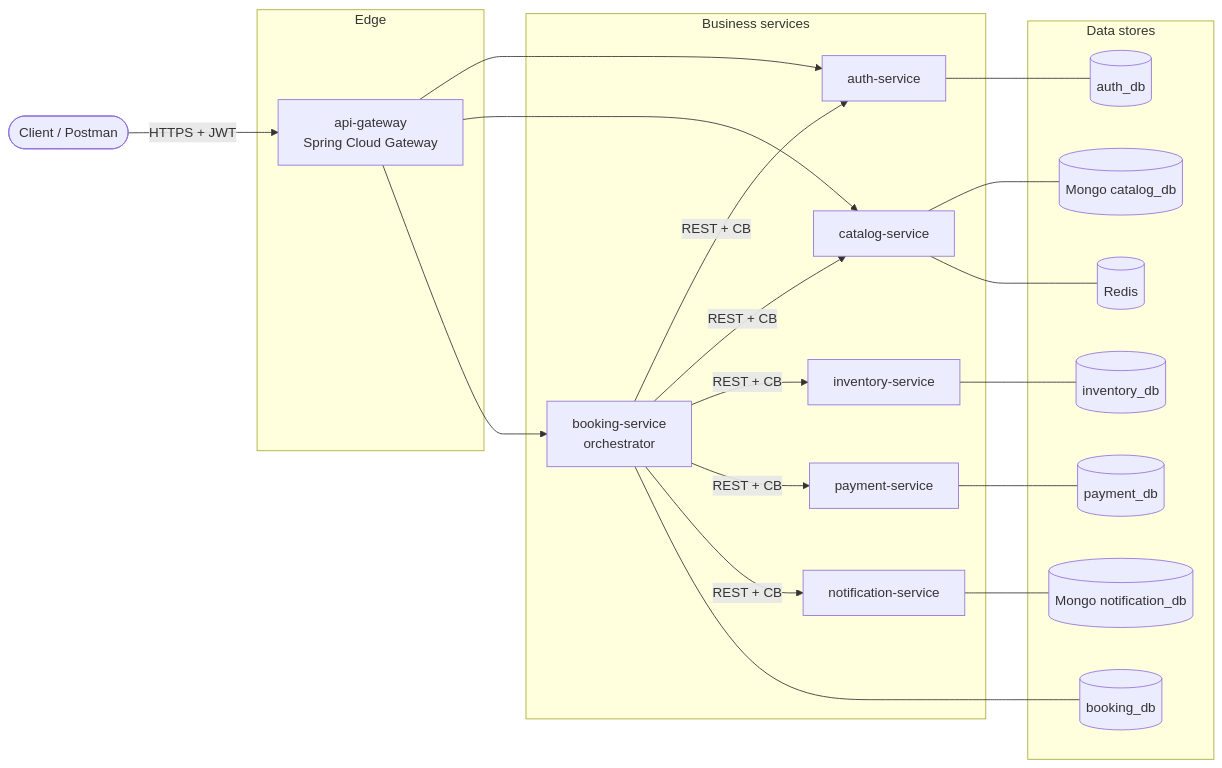
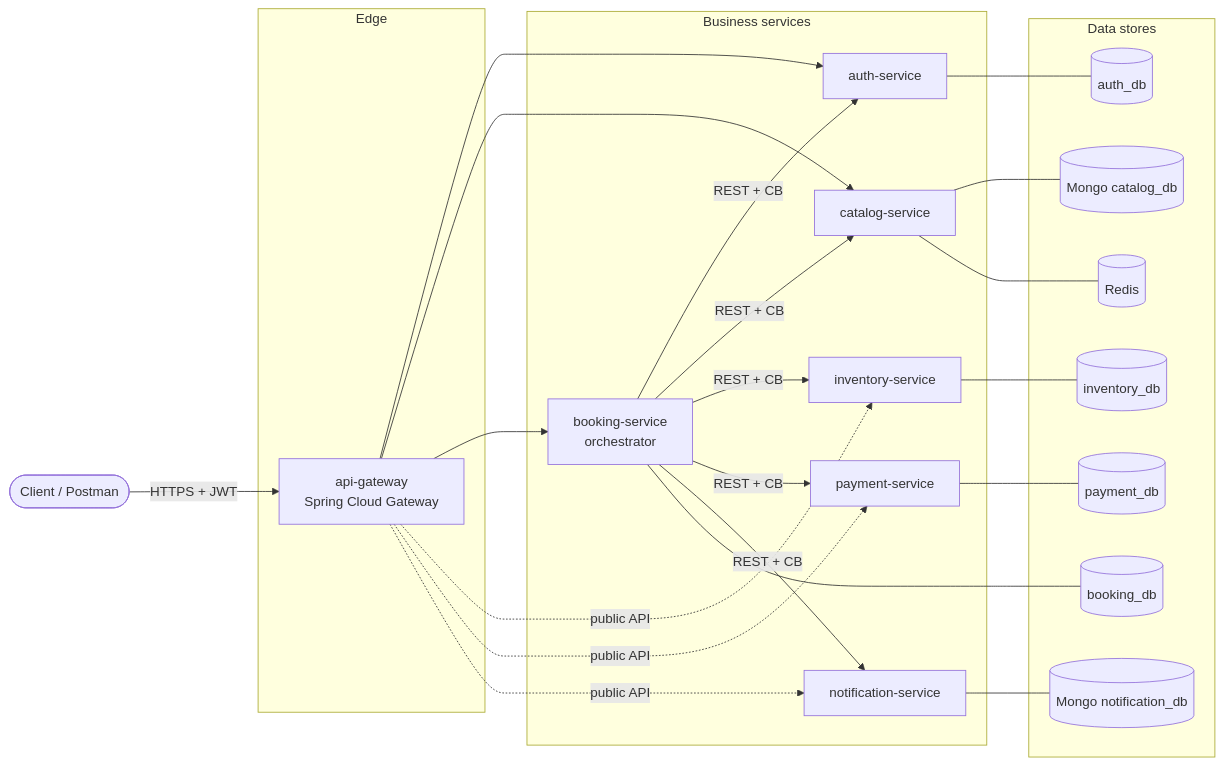
Before and after one commit to joaoalbertorsc/ticketflow-microservices: the diagram in docs/architecture.md, drawn with Mermaid. The commit also changed other lines of this file and 14 other files, not shown here.

````diff
--- a/docs/architecture.md
+++ b/docs/architecture.md
@@ -34,46 +34,49 @@
 ```mermaid
 flowchart LR
     client([Client / Postman])
 
     subgraph edge[Edge]
         gw[api-gateway<br/>Spring Cloud Gateway]
     end
 
     subgraph services[Business services]
         auth[auth-service]
         booking[booking-service<br/>orchestrator]
         catalog[catalog-service]
         inventory[inventory-service]
         payment[payment-service]
         notification[notification-service]
     end
 
     subgraph data[Data stores]
         pgAuth[(auth_db)]
         pgBooking[(booking_db)]
         pgInv[(inventory_db)]
         pgPay[(payment_db)]
         mgCat[(Mongo catalog_db)]
         mgNot[(Mongo notification_db)]
         redis[(Redis)]
     end
 
     client -->|HTTPS + JWT| gw
     gw --> auth
     gw --> catalog
     gw --> booking
+    gw -.->|public API| inventory
+    gw -.->|public API| payment
+    gw -.->|public API| notification
 
     booking -->|REST + CB| auth
     booking -->|REST + CB| catalog
     booking -->|REST + CB| inventory
     booking -->|REST + CB| payment
     booking -->|REST + CB| notification
 
     auth --- pgAuth
     booking --- pgBooking
     inventory --- pgInv
     payment --- pgPay
     catalog --- mgCat
     catalog --- redis
     notification --- mgNot
 ```
````
